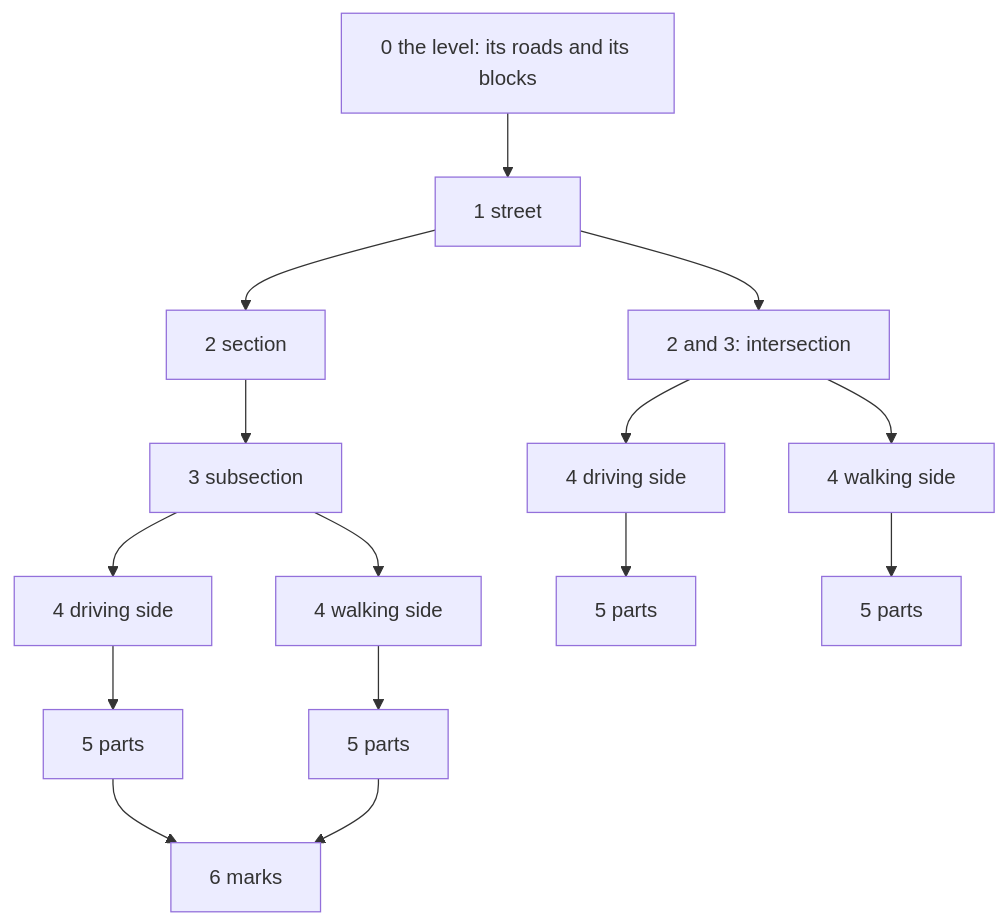
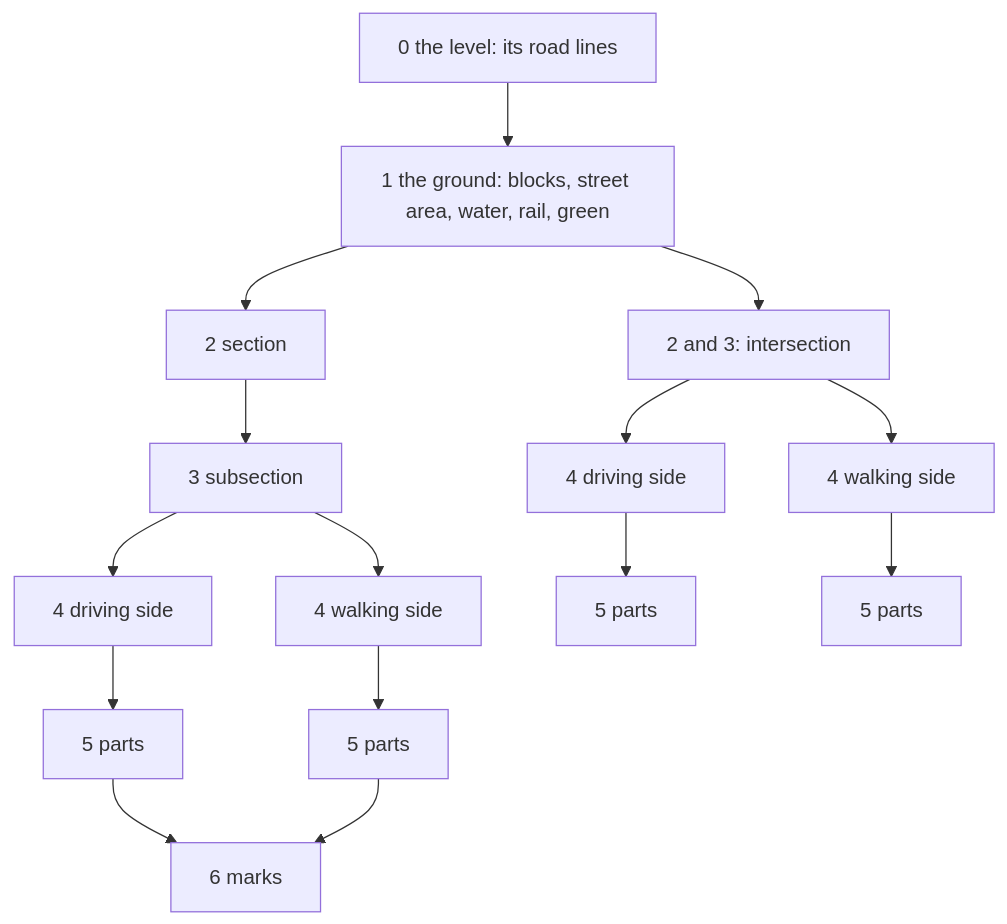
One commit to Khoshkhah/urbanstyle changed the first of 3 diagrams in docs/design/steps.md. Above: the diagram before and after it, drawn with Mermaid. The commit also changed other lines of this file, not shown here.

Commit message:
docs/design/steps.md: rank 1 is the ground (blocks, street area, water, rail, green); the named street is a group outside the tree

````diff
--- a/docs/design/steps.md
+++ b/docs/design/steps.md
@@ -24,17 +24,17 @@
 ```mermaid
 flowchart TD
-    L0[0 the level: its roads and its blocks] --> ST[1 street]
-    ST --> SE[2 section]
+    L0[0 the level: its road lines] --> G1[1 the ground: blocks, street area, water, rail, green]
+    G1 --> SE[2 section]
     SE --> SU[3 subsection]
-    ST --> IN[2 and 3: intersection]
+    G1 --> IN[2 and 3: intersection]
     SU --> D1[4 driving side]
     SU --> W1[4 walking side]
     IN --> D2[4 driving side]
     IN --> W2[4 walking side]
     D1 --> P1[5 parts]
     W1 --> P2[5 parts]
     D2 --> P3[5 parts]
     W2 --> P4[5 parts]
     P1 --> M[6 marks]
     P2 --> M
 ```
````
